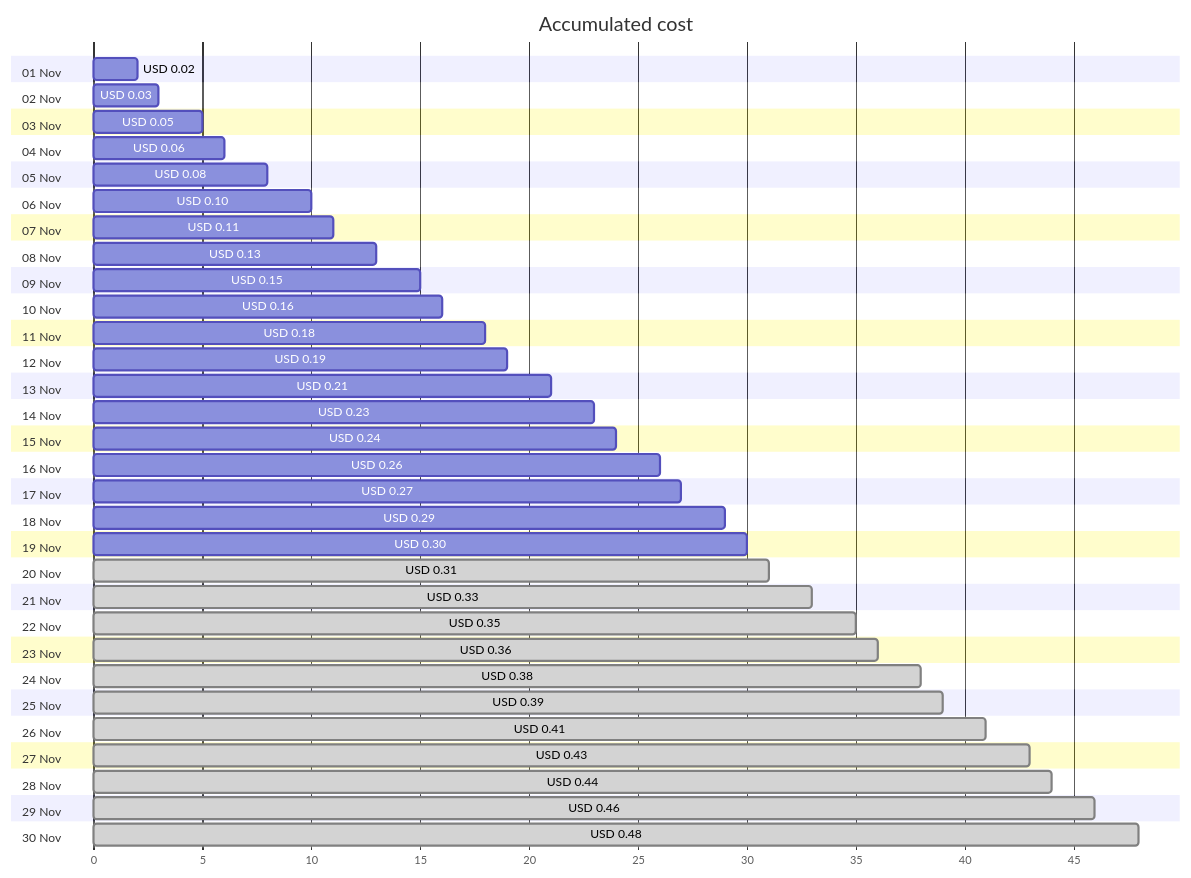
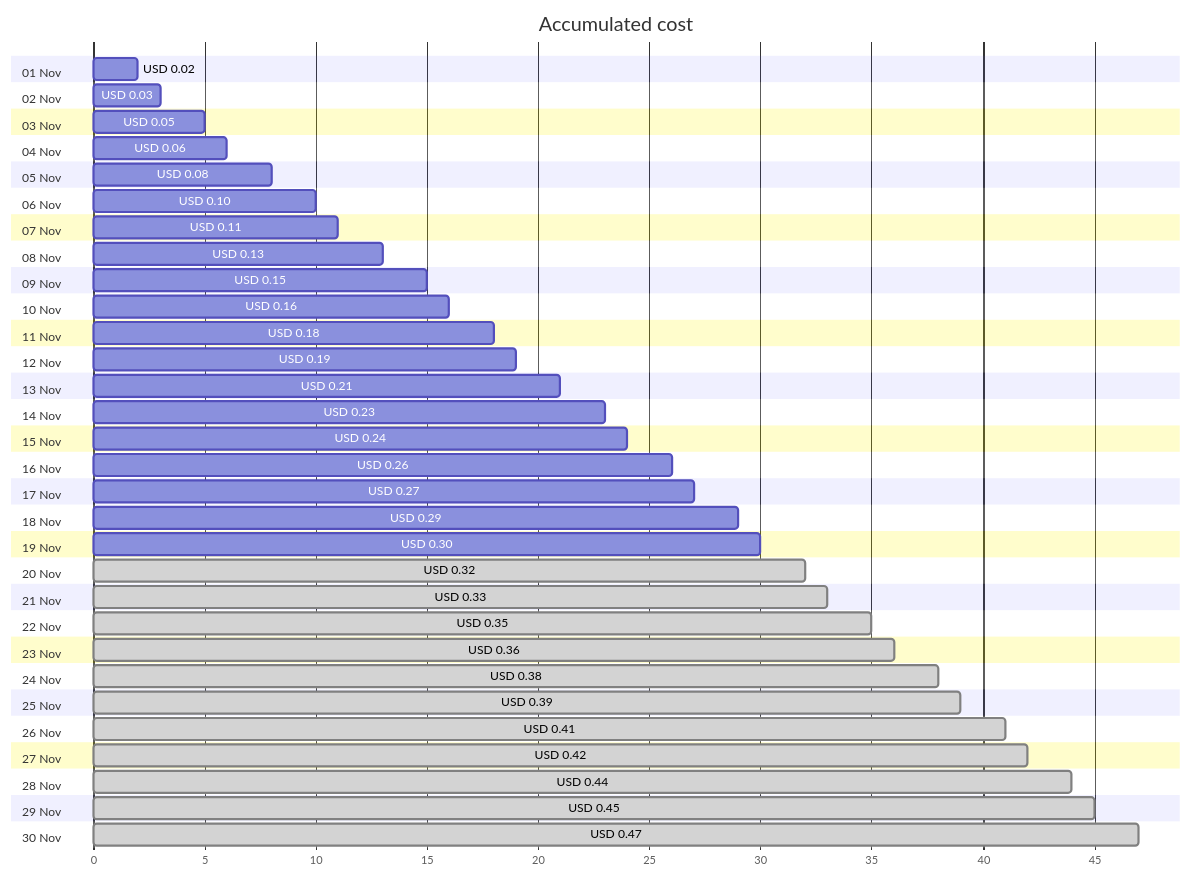
One commit to jpfulton/azure-personal-reports changed the first of 4 diagrams in cost-reports/personal-network/private.jpatrickfulton.com.md. Above: the diagram before and after it, drawn with Mermaid. The commit also changed other lines of this file and 8 other files, not shown here.

````diff
--- a/cost-reports/personal-network/private.jpatrickfulton.com.md
+++ b/cost-reports/personal-network/private.jpatrickfulton.com.md
@@ -20,66 +20,66 @@
 ```mermaid
 gantt
    title Accumulated cost
    dateFormat  X
    axisFormat %s
    section 01 Nov
    USD 0.02 :0, 2
    section 02 Nov
    USD 0.03 :0, 3
    section 03 Nov
    USD 0.05 :0, 5
    section 04 Nov
    USD 0.06 :0, 6
    section 05 Nov
    USD 0.08 :0, 8
    section 06 Nov
    USD 0.10 :0, 10
    section 07 Nov
    USD 0.11 :0, 11
    section 08 Nov
    USD 0.13 :0, 13
    section 09 Nov
    USD 0.15 :0, 15
    section 10 Nov
    USD 0.16 :0, 16
    section 11 Nov
    USD 0.18 :0, 18
    section 12 Nov
    USD 0.19 :0, 19
    section 13 Nov
    USD 0.21 :0, 21
    section 14 Nov
    USD 0.23 :0, 23
    section 15 Nov
    USD 0.24 :0, 24
    section 16 Nov
    USD 0.26 :0, 26
    section 17 Nov
    USD 0.27 :0, 27
    section 18 Nov
    USD 0.29 :0, 29
    section 19 Nov
    USD 0.30 :0, 30
    section 20 Nov
-   USD 0.31 : done, 0, 31
+   USD 0.32 : done, 0, 32
    section 21 Nov
    USD 0.33 : done, 0, 33
    section 22 Nov
    USD 0.35 : done, 0, 35
    section 23 Nov
    USD 0.36 : done, 0, 36
    section 24 Nov
    USD 0.38 : done, 0, 38
    section 25 Nov
    USD 0.39 : done, 0, 39
    section 26 Nov
    USD 0.41 : done, 0, 41
    section 27 Nov
-   USD 0.43 : done, 0, 43
+   USD 0.42 : done, 0, 42
    section 28 Nov
    USD 0.44 : done, 0, 44
    section 29 Nov
-   USD 0.46 : done, 0, 46
+   USD 0.45 : done, 0, 45
    section 30 Nov
-   USD 0.48 : done, 0, 48
+   USD 0.47 : done, 0, 47
 ```
````
